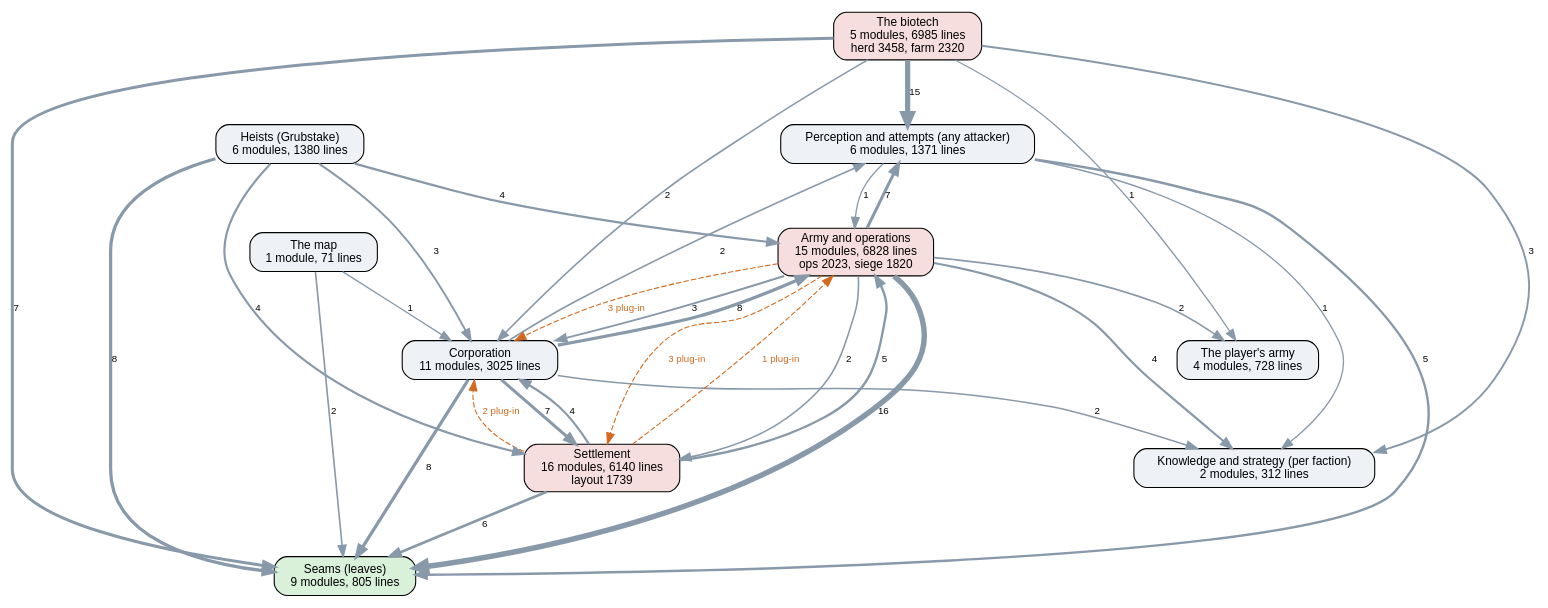
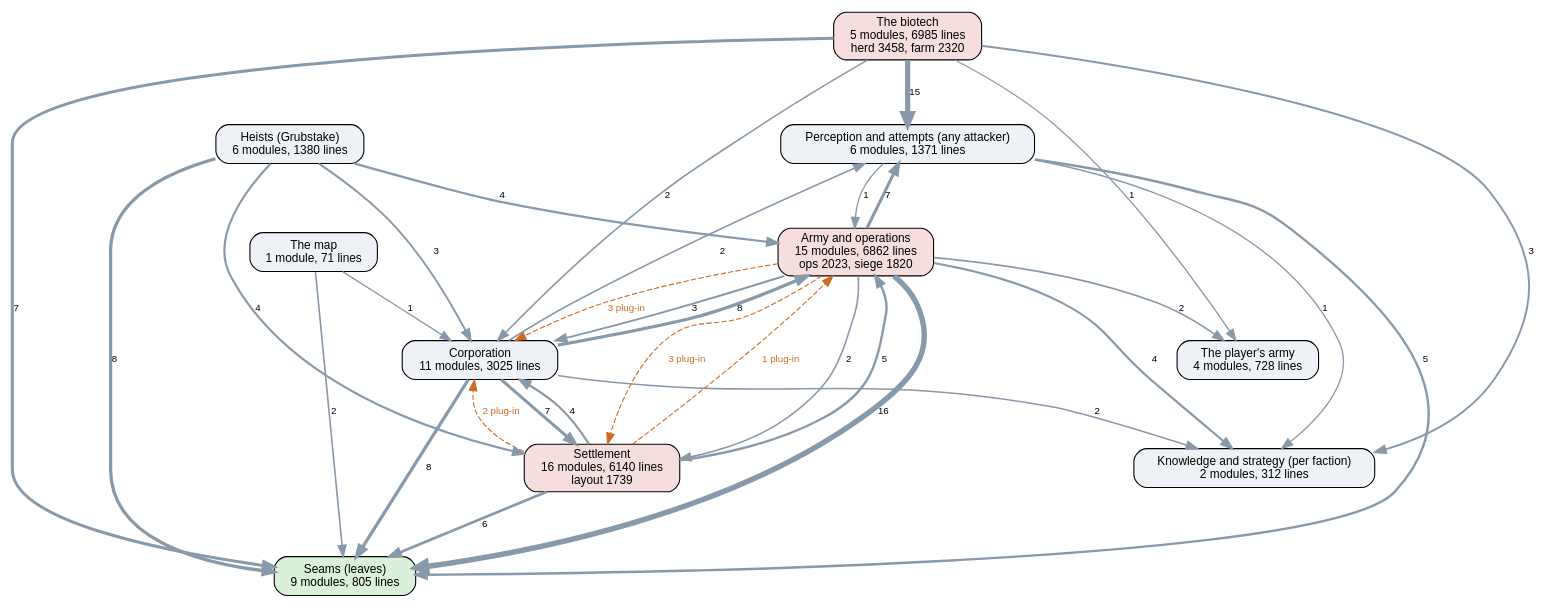
One commit to kinelhu/landing-party changed the diagram in docs/ai-layers.dot. Above: the diagram before and after it, drawn with Graphviz. The commit also changed 32 other files, not shown here.

```diff
--- a/docs/ai-layers.dot
+++ b/docs/ai-layers.dot
@@ -1,47 +1,47 @@
 digraph layers {
   graph [rankdir=TB, fontname="Helvetica", nodesep=0.5, ranksep=0.7];
   node [shape=box, style="rounded,filled", fontname="Helvetica", fontsize=11, fillcolor="#eef2f7"];
   edge [color="#8899aa", fontname="Helvetica", fontsize=9];
   "Seams (leaves)" [label="Seams (leaves)\n9 modules, 805 lines", fillcolor="#d9f0d9"];
   "Perception and attempts (any attacker)" [label="Perception and attempts (any attacker)\n6 modules, 1371 lines", fillcolor="#eef2f7"];
   "Knowledge and strategy (per faction)" [label="Knowledge and strategy (per faction)\n2 modules, 312 lines", fillcolor="#eef2f7"];
   "Corporation" [label="Corporation\n11 modules, 3025 lines", fillcolor="#eef2f7"];
   "Settlement" [label="Settlement\n16 modules, 6140 lines\nlayout 1739", fillcolor="#f7dede"];
-  "Army and operations" [label="Army and operations\n15 modules, 6828 lines\nops 2023, siege 1820", fillcolor="#f7dede"];
+  "Army and operations" [label="Army and operations\n15 modules, 6862 lines\nops 2023, siege 1820", fillcolor="#f7dede"];
   "Heists (Grubstake)" [label="Heists (Grubstake)\n6 modules, 1380 lines", fillcolor="#eef2f7"];
   "The biotech" [label="The biotech\n5 modules, 6985 lines\nherd 3458, farm 2320", fillcolor="#f7dede"];
   "The map" [label="The map\n1 module, 71 lines", fillcolor="#eef2f7"];
   "The player's army" [label="The player's army\n4 modules, 728 lines", fillcolor="#eef2f7"];
   "Army and operations" -> "Corporation" [label="3", penwidth=1.8];
   "Army and operations" -> "Knowledge and strategy (per faction)" [label="4", penwidth=2.0];
   "Army and operations" -> "Perception and attempts (any attacker)" [label="7", penwidth=2.8];
   "Army and operations" -> "Seams (leaves)" [label="16", penwidth=5.0];
   "Army and operations" -> "Settlement" [label="2", penwidth=1.5];
   "Army and operations" -> "The player's army" [label="2", penwidth=1.5];
   "Corporation" -> "Army and operations" [label="8", penwidth=3.0];
   "Corporation" -> "Knowledge and strategy (per faction)" [label="2", penwidth=1.5];
   "Corporation" -> "Perception and attempts (any attacker)" [label="2", penwidth=1.5];
   "Corporation" -> "Seams (leaves)" [label="8", penwidth=3.0];
   "Corporation" -> "Settlement" [label="7", penwidth=2.8];
   "Heists (Grubstake)" -> "Army and operations" [label="4", penwidth=2.0];
   "Heists (Grubstake)" -> "Corporation" [label="3", penwidth=1.8];
   "Heists (Grubstake)" -> "Seams (leaves)" [label="8", penwidth=3.0];
   "Heists (Grubstake)" -> "Settlement" [label="4", penwidth=2.0];
   "Perception and attempts (any attacker)" -> "Army and operations" [label="1", penwidth=1.2];
   "Perception and attempts (any attacker)" -> "Knowledge and strategy (per faction)" [label="1", penwidth=1.2];
   "Perception and attempts (any attacker)" -> "Seams (leaves)" [label="5", penwidth=2.2];
   "Settlement" -> "Army and operations" [label="5", penwidth=2.2];
   "Settlement" -> "Corporation" [label="4", penwidth=2.0];
   "Settlement" -> "Seams (leaves)" [label="6", penwidth=2.5];
   "The biotech" -> "Corporation" [label="2", penwidth=1.5];
   "The biotech" -> "Knowledge and strategy (per faction)" [label="3", penwidth=1.8];
   "The biotech" -> "Perception and attempts (any attacker)" [label="15", penwidth=4.8];
   "The biotech" -> "Seams (leaves)" [label="7", penwidth=2.8];
   "The biotech" -> "The player's army" [label="1", penwidth=1.2];
   "The map" -> "Corporation" [label="1", penwidth=1.2];
   "The map" -> "Seams (leaves)" [label="2", penwidth=1.5];
   "Army and operations" -> "Corporation" [style=dashed, color="#d2691e", fontcolor="#d2691e", label="3 plug-in"];
   "Army and operations" -> "Settlement" [style=dashed, color="#d2691e", fontcolor="#d2691e", label="3 plug-in"];
   "Settlement" -> "Army and operations" [style=dashed, color="#d2691e", fontcolor="#d2691e", label="1 plug-in"];
   "Settlement" -> "Corporation" [style=dashed, color="#d2691e", fontcolor="#d2691e", label="2 plug-in"];
 }
```
